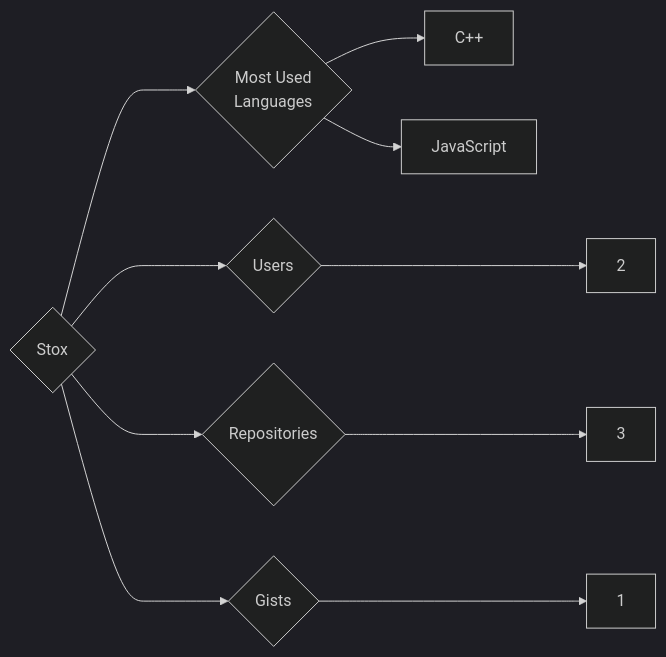
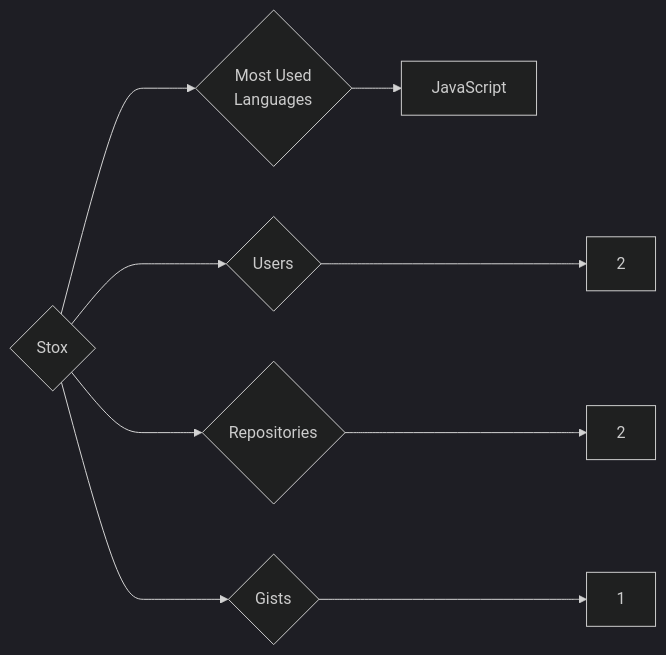
Before and after one commit to trickest/insiders: the diagram in targets/Stox/README.md, drawn with Mermaid (dark theme). The commit also changed 1508 other files, not shown here.

````diff
--- a/targets/Stox/README.md
+++ b/targets/Stox/README.md
@@ -3,10 +3,9 @@
 ```mermaid
 graph LR
 COMPANY_NAME{Stox}
 COMPANY_NAME ---> U{Users} ---> UN[2]
-COMPANY_NAME ---> R{Repositories} ---> RN[3]
+COMPANY_NAME ---> R{Repositories} ---> RN[2]
 COMPANY_NAME ---> G{Gists} ---> GN[1]
 COMPANY_NAME ---> ML{Most Used<br>Languages}
-ML --> C++[C++]
 ML --> JavaScript[JavaScript]
 ```
````
